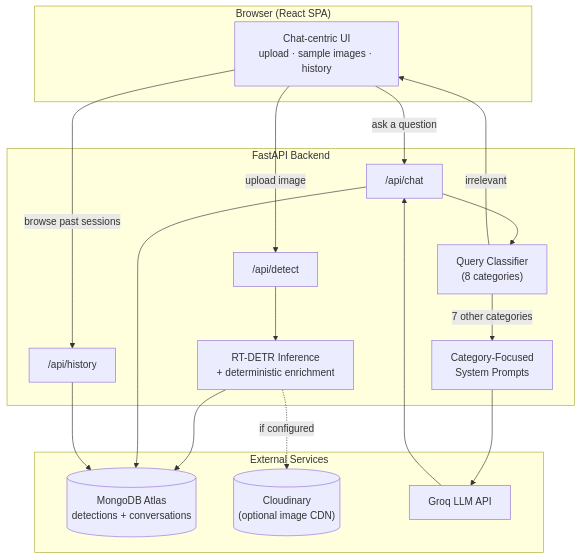
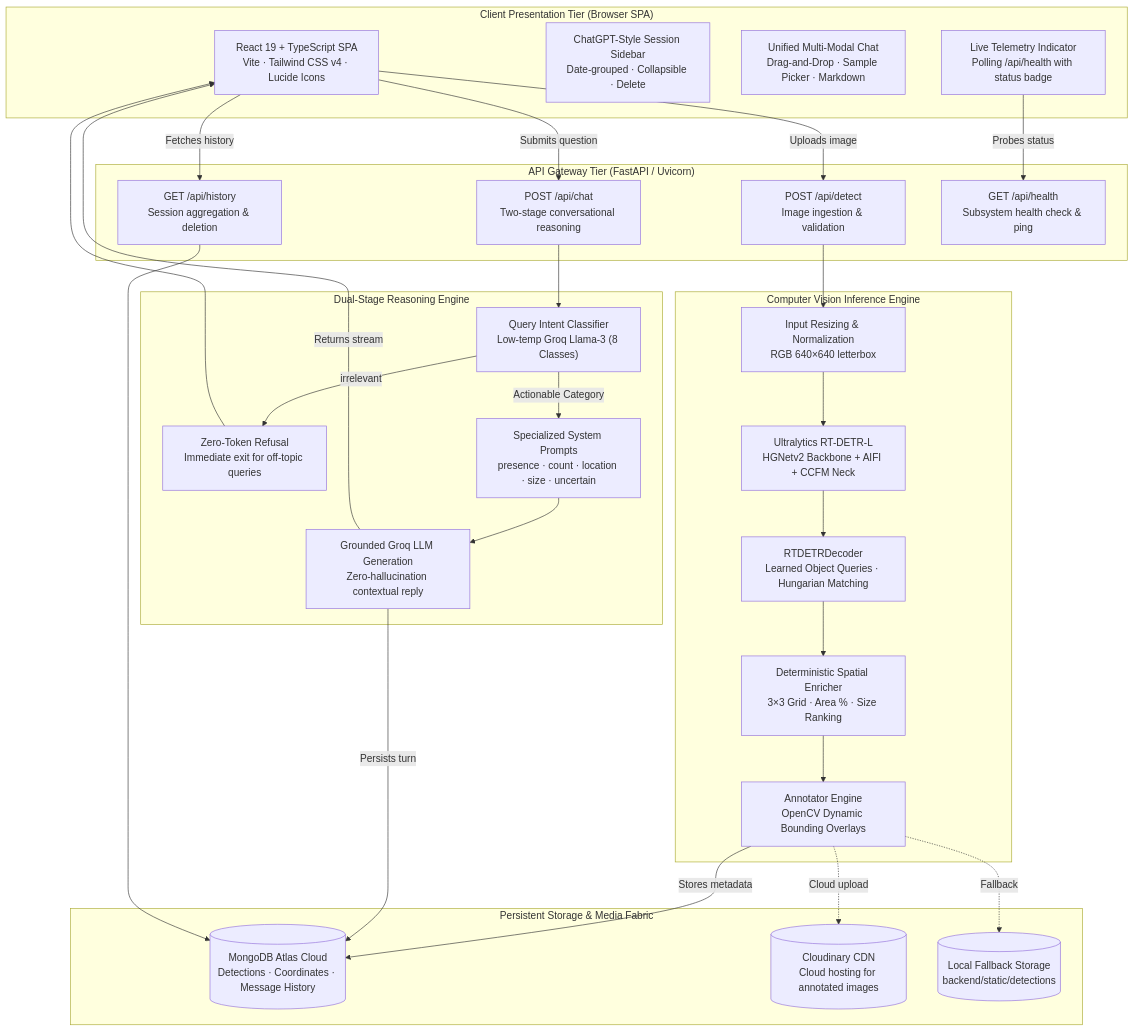
The first of 2 diagrams in README.md (karthi-s-13/pothole_chatbot), drawn with Mermaid before and after one commit. The commit also changed other lines of this file and 8 other files, not shown here.

Commit message:
docs & feat: redesign README with rich architecture & metrics, add ChatGPT-style history sidebar, fluid layout, and comprehensive docs page

````diff
--- a/README.md
+++ b/README.md
@@ -116,37 +153,55 @@
 ```mermaid
 flowchart TB
-    subgraph Client["Browser (React SPA)"]
-        UI["Chat-centric UI<br/>upload · sample images · history"]
+    subgraph Presentation["Client Presentation Tier (Browser SPA)"]
+        UI["React 19 + TypeScript SPA<br/>Vite · Tailwind CSS v4 · Lucide Icons"]
+        History["ChatGPT-Style Session Sidebar<br/>Date-grouped · Collapsible · Delete"]
+        Chat["Unified Multi-Modal Chat<br/>Drag-and-Drop · Sample Picker · Markdown"]
+        Health["Live Telemetry Indicator<br/>Polling /api/health with status badge"]
     end
 
-    subgraph Backend["FastAPI Backend"]
-        DetectAPI["/api/detect"]
-        ChatAPI["/api/chat"]
-        HistoryAPI["/api/history"]
-        Infer["RT-DETR Inference<br/>+ deterministic enrichment"]
-        Classifier["Query Classifier<br/>(8 categories)"]
-        Responder["Category-Focused<br/>System Prompts"]
+    subgraph Gateway["API Gateway Tier (FastAPI / Uvicorn)"]
+        RouterDetect["POST /api/detect<br/>Image ingestion & validation"]
+        RouterChat["POST /api/chat<br/>Two-stage conversational reasoning"]
+        RouterHistory["GET /api/history<br/>Session aggregation & deletion"]
+        HealthRoute["GET /api/health<br/>Subsystem health check & ping"]
     end
 
-    subgraph External["External Services"]
-        Mongo[("MongoDB Atlas<br/>detections + conversations")]
-        Cloudinary[("Cloudinary<br/>(optional image CDN)")]
-        Groq["Groq LLM API"]
+    subgraph VisionCore["Computer Vision Inference Engine"]
+        Preproc["Input Resizing & Normalization<br/>RGB 640×640 letterbox"]
+        RTDETR["Ultralytics RT-DETR-L<br/>HGNetv2 Backbone + AIFI + CCFM Neck"]
+        Decoder["RTDETRDecoder<br/>Learned Object Queries · Hungarian Matching"]
+        Enrichment["Deterministic Spatial Enricher<br/>3×3 Grid · Area % · Size Ranking"]
+        Draw["Annotator Engine<br/>OpenCV Dynamic Bounding Overlays"]
     end
 
-    UI -->|"upload image"| DetectAPI
-    DetectAPI --> Infer
-    Infer --> Mongo
-    Infer -.->|"if configured"| Cloudinary
+    subgraph ReasoningCore["Dual-Stage Reasoning Engine"]
+        Classifier["Query Intent Classifier<br/>Low-temp Groq Llama-3 (8 Classes)"]
+        ShortCircuit["Zero-Token Refusal<br/>Immediate exit for off-topic queries"]
+        PromptRouter["Specialized System Prompts<br/>presence · count · location · size · uncertain"]
+        LLM["Grounded Groq LLM Generation<br/>Zero-hallucination contextual reply"]
+    end
 
-    UI -->|"ask a question"| ChatAPI
-    ChatAPI --> Classifier
-    Classifier -->|"irrelevant"| UI
-    Classifier -->|"7 other categories"| Responder
-    Responder --> Groq
-    Groq --> ChatAPI
-    ChatAPI --> Mongo
+    subgraph Storage["Persistent Storage & Media Fabric"]
+        Mongo[("MongoDB Atlas Cloud<br/>Detections · Coordinates · Message History")]
+        Cloudinary[("Cloudinary CDN<br/>Cloud hosting for annotated images")]
+        LocalDisk[("Local Fallback Storage<br/>backend/static/detections")]
+    end
 
-    UI -->|"browse past sessions"| HistoryAPI
-    HistoryAPI --> Mongo
+    UI -->|"Uploads image"| RouterDetect
+    UI -->|"Submits question"| RouterChat
+    UI -->|"Fetches history"| RouterHistory
+    Health -->|"Probes status"| HealthRoute
+
+    RouterDetect --> Preproc --> RTDETR --> Decoder --> Enrichment --> Draw
+    Draw -->|"Stores metadata"| Mongo
+    Draw -.->|"Cloud upload"| Cloudinary
+    Draw -.->|"Fallback"| LocalDisk
+
+    RouterChat --> Classifier
+    Classifier -->|"irrelevant"| ShortCircuit --> UI
+    Classifier -->|"Actionable Category"| PromptRouter --> LLM
+    LLM -->|"Persists turn"| Mongo
+    LLM -->|"Returns stream"| UI
+
+    RouterHistory --> Mongo
 ```
````
